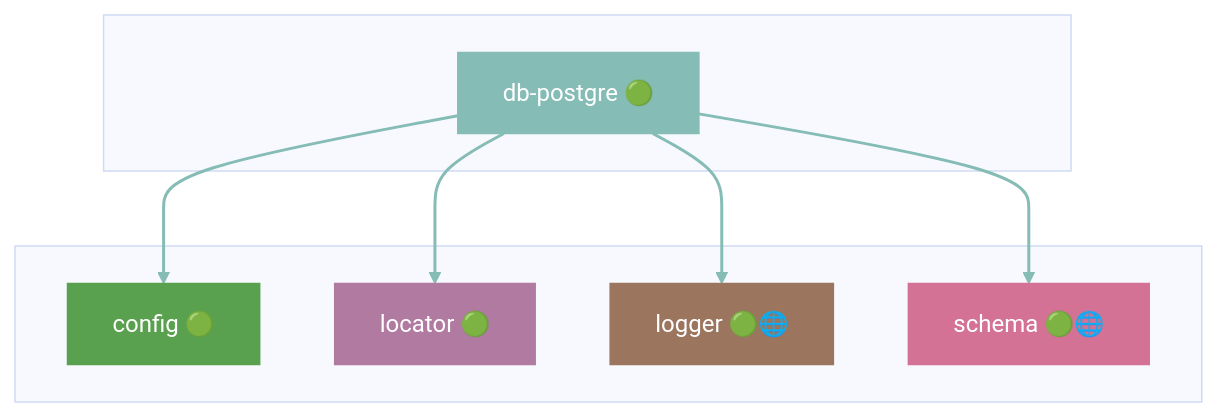
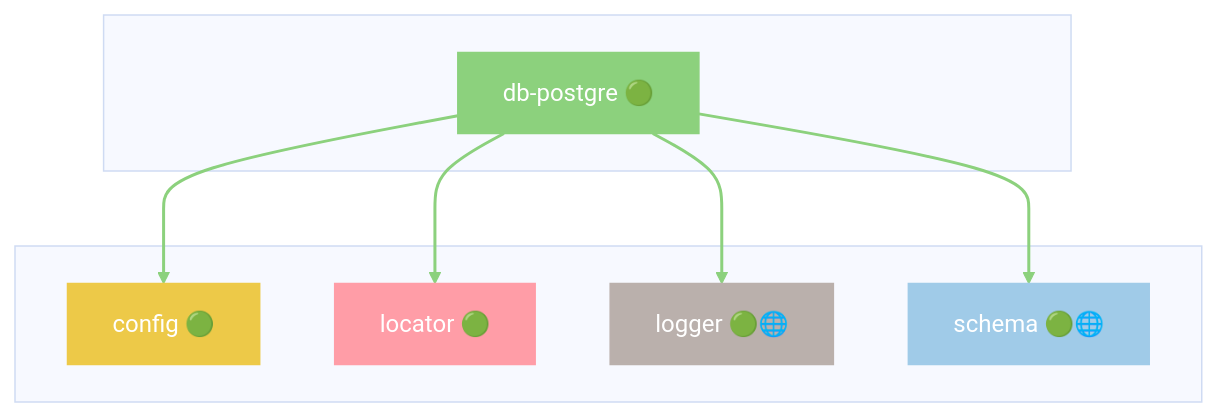
Diagram 13 of 45 in docs/DEPENDENCIES.md (grest-ts/grest-ts), drawn with Mermaid (base theme) before and after one commit. The commit also changed other lines of this file and 6 other files, not shown here.

````diff
--- a/docs/DEPENDENCIES.md
+++ b/docs/DEPENDENCIES.md
@@ -743,25 +761,25 @@
 ```mermaid
 flowchart TB
     subgraph Package[" "]
         db-postgre["db-postgre 🟢"]
     end
     subgraph Dependencies[" "]
         config["config 🟢"]
         locator["locator 🟢"]
         logger["logger 🟢🌐"]
         schema["schema 🟢🌐"]
     end
     db-postgre --> config
     db-postgre --> locator
     db-postgre --> logger
     db-postgre --> schema
-    style db-postgre fill:#86BCB6,stroke:#86BCB6,color:#fff
-    style config fill:#59A14F,stroke:#59A14F,color:#fff
-    style locator fill:#B07AA1,stroke:#B07AA1,color:#fff
-    style logger fill:#9C755F,stroke:#9C755F,color:#fff
-    style schema fill:#D37295,stroke:#D37295,color:#fff
-    linkStyle 0 stroke:#86BCB6,stroke-width:2px
-    linkStyle 1 stroke:#86BCB6,stroke-width:2px
-    linkStyle 2 stroke:#86BCB6,stroke-width:2px
-    linkStyle 3 stroke:#86BCB6,stroke-width:2px
+    style db-postgre fill:#8CD17D,stroke:#8CD17D,color:#fff
+    style config fill:#EDC948,stroke:#EDC948,color:#fff
+    style locator fill:#FF9DA7,stroke:#FF9DA7,color:#fff
+    style logger fill:#BAB0AC,stroke:#BAB0AC,color:#fff
+    style schema fill:#A0CBE8,stroke:#A0CBE8,color:#fff
+    linkStyle 0 stroke:#8CD17D,stroke-width:2px
+    linkStyle 1 stroke:#8CD17D,stroke-width:2px
+    linkStyle 2 stroke:#8CD17D,stroke-width:2px
+    linkStyle 3 stroke:#8CD17D,stroke-width:2px
 ```
````
